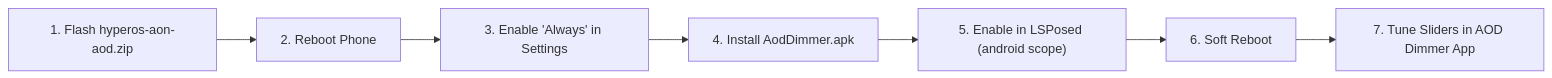
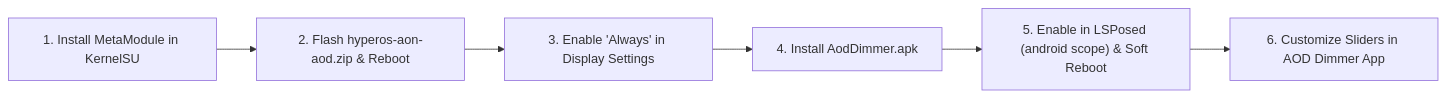
Before and after one commit to PallabKumarS/android-mods: the diagram in README.md, drawn with Mermaid. The commit also changed other lines of this file, not shown here.

Commit message:
docs: add MetaModule requirement and setup details for KernelSU

````diff
--- a/README.md
+++ b/README.md
@@ -106,9 +119,8 @@
 ```mermaid
 graph LR
-    A["1. Flash hyperos-aon-aod.zip"] --> B["2. Reboot Phone"]
-    B --> C["3. Enable 'Always' in Settings"]
+    A["1. Install MetaModule in KernelSU"] --> B["2. Flash hyperos-aon-aod.zip & Reboot"]
+    B --> C["3. Enable 'Always' in Display Settings"]
     C --> D["4. Install AodDimmer.apk"]
-    D --> E["5. Enable in LSPosed (android scope)"]
-    E --> F["6. Soft Reboot"]
-    F --> G["7. Tune Sliders in AOD Dimmer App"]
+    D --> E["5. Enable in LSPosed (android scope) & Soft Reboot"]
+    E --> F["6. Customize Sliders in AOD Dimmer App"]
 ```
````
